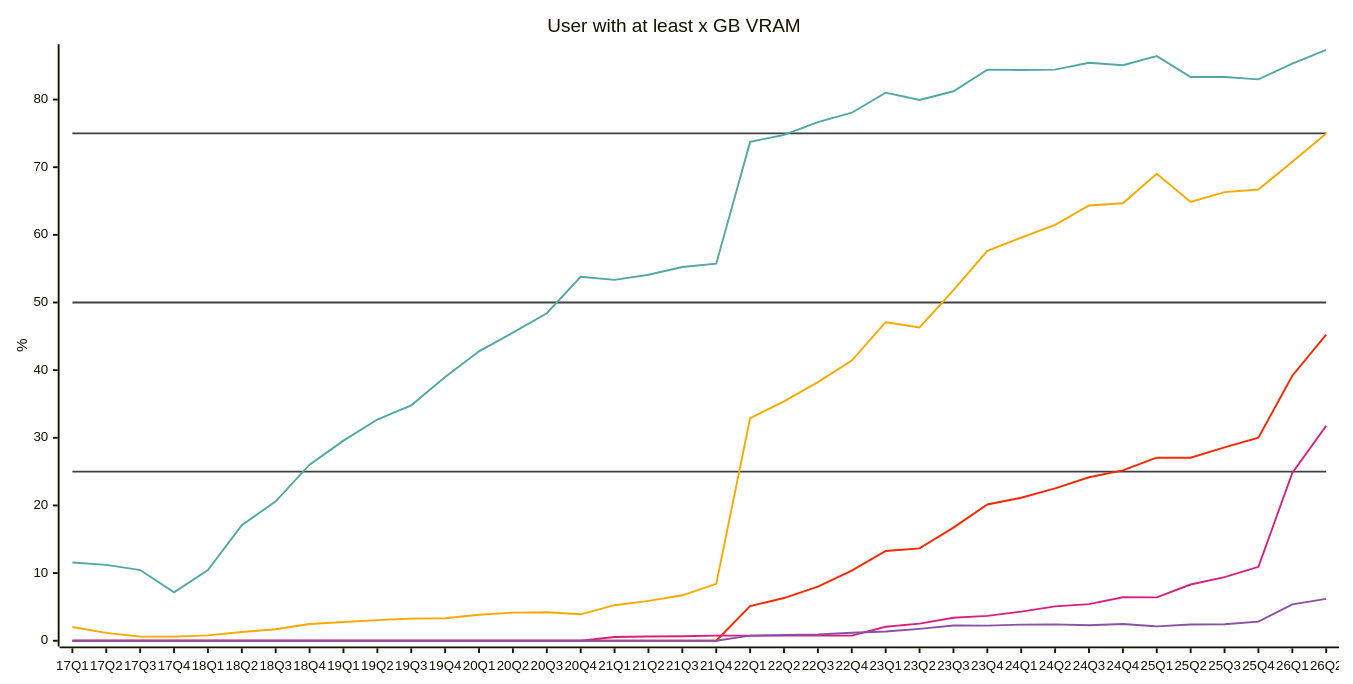
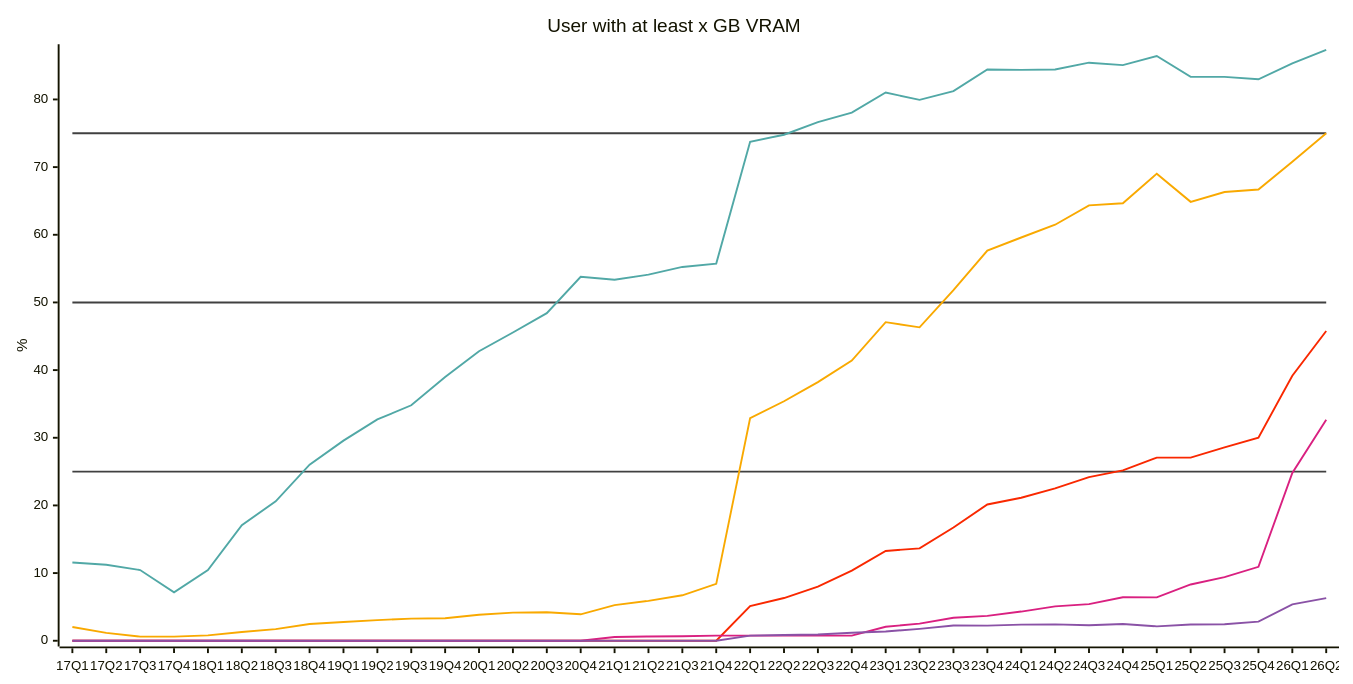
Before and after one commit to jdegene/steamHWsurvey: diagram 12 of 31 in README.md, drawn with Mermaid. The commit also changed other lines of this file and 3 other files, not shown here.

````diff
--- a/README.md
+++ b/README.md
@@ -404,26 +404,26 @@
 ```mermaid
 ---
 config:
     xyChart:
         width: 1400
         height: 700
         
     themeVariables:
         xyChart:
             plotColorPalette: "#404040,#404040,#404040,#51a8a6,#f9a900,#f92800,#d92080,#8a52a6"
 
 --- 
 
 xychart-beta
     title "User with at least x GB VRAM"
     x-axis [17Q1, 17Q2, 17Q3, 17Q4, 18Q1, 18Q2, 18Q3, 18Q4, 19Q1, 19Q2, 19Q3, 19Q4, 20Q1, 20Q2, 20Q3, 20Q4, 21Q1, 21Q2, 21Q3, 21Q4, 22Q1, 22Q2, 22Q3, 22Q4, 23Q1, 23Q2, 23Q3, 23Q4, 24Q1, 24Q2, 24Q3, 24Q4, 25Q1, 25Q2, 25Q3, 25Q4, 26Q1, 26Q2]
     y-axis "%" 
  line [25, 25, 25, 25, 25, 25, 25, 25, 25, 25, 25, 25, 25, 25, 25, 25, 25, 25, 25, 25, 25, 25, 25, 25, 25, 25, 25, 25, 25, 25, 25, 25, 25, 25, 25, 25, 25, 25]
  line [50, 50, 50, 50, 50, 50, 50, 50, 50, 50, 50, 50, 50, 50, 50, 50, 50, 50, 50, 50, 50, 50, 50, 50, 50, 50, 50, 50, 50, 50, 50, 50, 50, 50, 50, 50, 50, 50]
  line [75, 75, 75, 75, 75, 75, 75, 75, 75, 75, 75, 75, 75, 75, 75, 75, 75, 75, 75, 75, 75, 75, 75, 75, 75, 75, 75, 75, 75, 75, 75, 75, 75, 75, 75, 75, 75, 75]
-    line [11.559999999999999, 11.223333333333334, 10.45, 7.1466666666666665, 10.453333333333333, 17.083333333333332, 20.599999999999998, 26.023333333333333, 29.580000000000002, 32.70333333333333, 34.803333333333335, 38.989999999999995, 42.78333333333333, 45.556666666666665, 48.413333333333334, 53.79666666666667, 53.35333333333333, 54.11, 55.246666666666655, 55.74, 73.74333333333333, 74.78666666666668, 76.66000000000001, 78.05666666666667, 81.02333333333333, 79.93333333333334, 81.23, 84.42333333333335, 84.37666666666667, 84.42999999999999, 85.43333333333334, 85.07000000000001, 86.42666666666666, 83.33, 83.33333333333334, 82.98666666666666, 85.32166666666666, 87.35]
-    line [2.0366666666666666, 1.16, 0.61, 0.61, 0.79, 1.3033333333333335, 1.71, 2.48, 2.77, 3.046666666666667, 3.2766666666666664, 3.3266666666666667, 3.836666666666667, 4.16, 4.206666666666667, 3.9099999999999997, 5.256666666666667, 5.89, 6.72, 8.406666666666666, 32.903333333333336, 35.39666666666667, 38.22666666666667, 41.41, 47.08666666666666, 46.32000000000001, 51.83, 57.64999999999999, 59.596666666666664, 61.483333333333334, 64.34333333333333, 64.66333333333333, 69.03333333333333, 64.86666666666667, 66.31666666666666, 66.69666666666666, 70.79666666666665, 74.97999999999999]
-    line [0, 0, 0, 0, 0, 0, 0, 0, 0, 0, 0, 0, 0, 0, 0, 0, 0, 0, 0, 0, 5.11, 6.3133333333333335, 8.006666666666668, 10.366666666666667, 13.273333333333333, 13.66, 16.726666666666667, 20.14, 21.14, 22.516666666666666, 24.173333333333336, 25.183333333333337, 27.063333333333333, 27.060000000000002, 28.573333333333334, 30.020000000000003, 39.17666666666664, 45.239999999999995]
-    line [0, 0, 0, 0, 0, 0, 0, 0, 0, 0, 0, 0, 0, 0, 0, 0, 0.5549999999999999, 0.6333333333333333, 0.6599999999999999, 0.76, 0.76, 0.76, 0.76, 0.76, 2.07, 2.5233333333333334, 3.4066666666666667, 3.6799999999999997, 4.3133333333333335, 5.079999999999999, 5.413333333333333, 6.43, 6.41, 8.316666666666666, 9.403333333333334, 10.93, 24.791666666666647, 31.790000000000003]
-    line [0, 0, 0, 0, 0, 0, 0, 0, 0, 0, 0, 0, 0, 0, 0, 0, 0, 0, 0, 0, 0.75, 0.8500000000000001, 0.9266666666666666, 1.1833333333333333, 1.3733333333333333, 1.76, 2.243333333333333, 2.2333333333333334, 2.3833333333333333, 2.4266666666666667, 2.29, 2.476666666666667, 2.13, 2.396666666666667, 2.4366666666666665, 2.8266666666666667, 5.369999999999997, 6.1899999999999995]
+    line [11.559999999999999, 11.223333333333334, 10.45, 7.1466666666666665, 10.453333333333333, 17.083333333333332, 20.599999999999998, 26.023333333333333, 29.580000000000002, 32.70333333333333, 34.803333333333335, 38.989999999999995, 42.78333333333333, 45.556666666666665, 48.413333333333334, 53.79666666666667, 53.35333333333333, 54.11, 55.246666666666655, 55.74, 73.74333333333333, 74.78666666666668, 76.66000000000001, 78.05666666666667, 81.02333333333333, 79.93333333333334, 81.23, 84.42333333333335, 84.37666666666667, 84.42999999999999, 85.43333333333334, 85.07000000000001, 86.42666666666666, 83.33, 83.33333333333334, 82.98666666666666, 85.32166666666666, 87.33]
+    line [2.0366666666666666, 1.16, 0.61, 0.61, 0.79, 1.3033333333333335, 1.71, 2.48, 2.77, 3.046666666666667, 3.2766666666666664, 3.3266666666666667, 3.836666666666667, 4.16, 4.206666666666667, 3.9099999999999997, 5.256666666666667, 5.89, 6.72, 8.406666666666666, 32.903333333333336, 35.39666666666667, 38.22666666666667, 41.41, 47.08666666666666, 46.32000000000001, 51.83, 57.64999999999999, 59.596666666666664, 61.483333333333334, 64.34333333333333, 64.66333333333333, 69.03333333333333, 64.86666666666667, 66.31666666666666, 66.69666666666666, 70.79666666666665, 75.0]
+    line [0, 0, 0, 0, 0, 0, 0, 0, 0, 0, 0, 0, 0, 0, 0, 0, 0, 0, 0, 0, 5.11, 6.3133333333333335, 8.006666666666668, 10.366666666666667, 13.273333333333333, 13.66, 16.726666666666667, 20.14, 21.14, 22.516666666666666, 24.173333333333336, 25.183333333333337, 27.063333333333333, 27.060000000000002, 28.573333333333334, 30.020000000000003, 39.17666666666664, 45.77499999999999]
+    line [0, 0, 0, 0, 0, 0, 0, 0, 0, 0, 0, 0, 0, 0, 0, 0, 0.5549999999999999, 0.6333333333333333, 0.6599999999999999, 0.76, 0.76, 0.76, 0.76, 0.76, 2.07, 2.5233333333333334, 3.4066666666666667, 3.6799999999999997, 4.3133333333333335, 5.079999999999999, 5.413333333333333, 6.43, 6.41, 8.316666666666666, 9.403333333333334, 10.93, 24.791666666666647, 32.665]
+    line [0, 0, 0, 0, 0, 0, 0, 0, 0, 0, 0, 0, 0, 0, 0, 0, 0, 0, 0, 0, 0.75, 0.8500000000000001, 0.9266666666666666, 1.1833333333333333, 1.3733333333333333, 1.76, 2.243333333333333, 2.2333333333333334, 2.3833333333333333, 2.4266666666666667, 2.29, 2.476666666666667, 2.13, 2.396666666666667, 2.4366666666666665, 2.8266666666666667, 5.369999999999997, 6.304999999999994]
 ``` 
````
